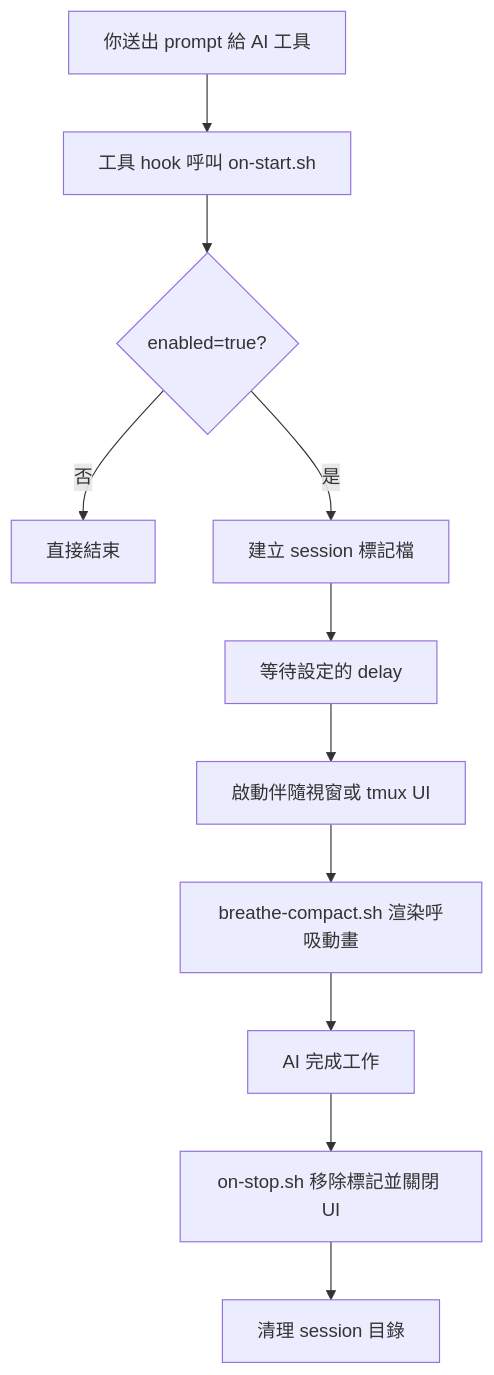
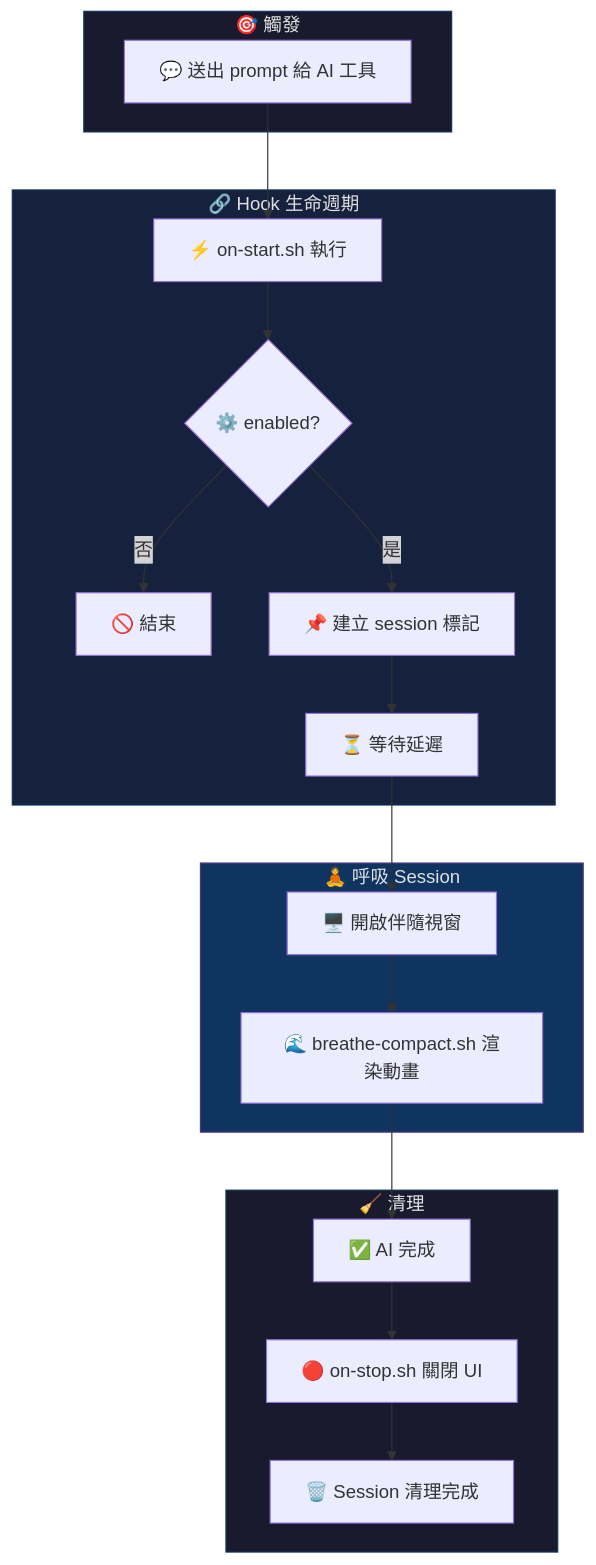
One commit to cry8a8y/HushFlow changed the diagram in docs/README.zh-TW.md. Above: the diagram before and after it, drawn with Mermaid. The commit also changed other lines of this file and 3 other files, not shown here.

````diff
--- a/docs/README.zh-TW.md
+++ b/docs/README.zh-TW.md
@@ -104,13 +191,34 @@
 ```mermaid
 flowchart TD
-    A[你送出 prompt 給 AI 工具] --> B[工具 hook 呼叫 on-start.sh]
-    B --> C{enabled=true?}
-    C -- 否 --> Z[直接結束]
-    C -- 是 --> D[建立 session 標記檔]
-    D --> E[等待設定的 delay]
-    E --> F[啟動伴隨視窗或 tmux UI]
-    F --> G[breathe-compact.sh 渲染呼吸動畫]
-    G --> H[AI 完成工作]
-    H --> I[on-stop.sh 移除標記並關閉 UI]
-    I --> J[清理 session 目錄]
+    subgraph trigger ["🎯 觸發"]
+        A["💬 送出 prompt 給 AI 工具"]
+    end
+
+    subgraph hook ["🔗 Hook 生命週期"]
+        B["⚡ on-start.sh 執行"]
+        C{"⚙️ enabled?"}
+        Z["🚫 結束"]
+        D["📌 建立 session 標記"]
+        E["⏳ 等待延遲"]
+    end
+
+    subgraph breathe ["🧘 呼吸 Session"]
+        F["🖥️ 開啟伴隨視窗"]
+        G["🌊 breathe-compact.sh 渲染動畫"]
+    end
+
+    subgraph cleanup ["🧹 清理"]
+        H["✅ AI 完成"]
+        I["🔴 on-stop.sh 關閉 UI"]
+        J["🗑️ Session 清理完成"]
+    end
+
+    A --> B --> C
+    C -- 否 --> Z
+    C -- 是 --> D --> E --> F --> G --> H --> I --> J
+
+    style trigger fill:#1a1a2e,stroke:#0f3460,color:#e0e0e0
+    style hook fill:#16213e,stroke:#0f3460,color:#e0e0e0
+    style breathe fill:#0f3460,stroke:#533483,color:#e0e0e0
+    style cleanup fill:#1a1a2e,stroke:#0f3460,color:#e0e0e0
 ```
````
